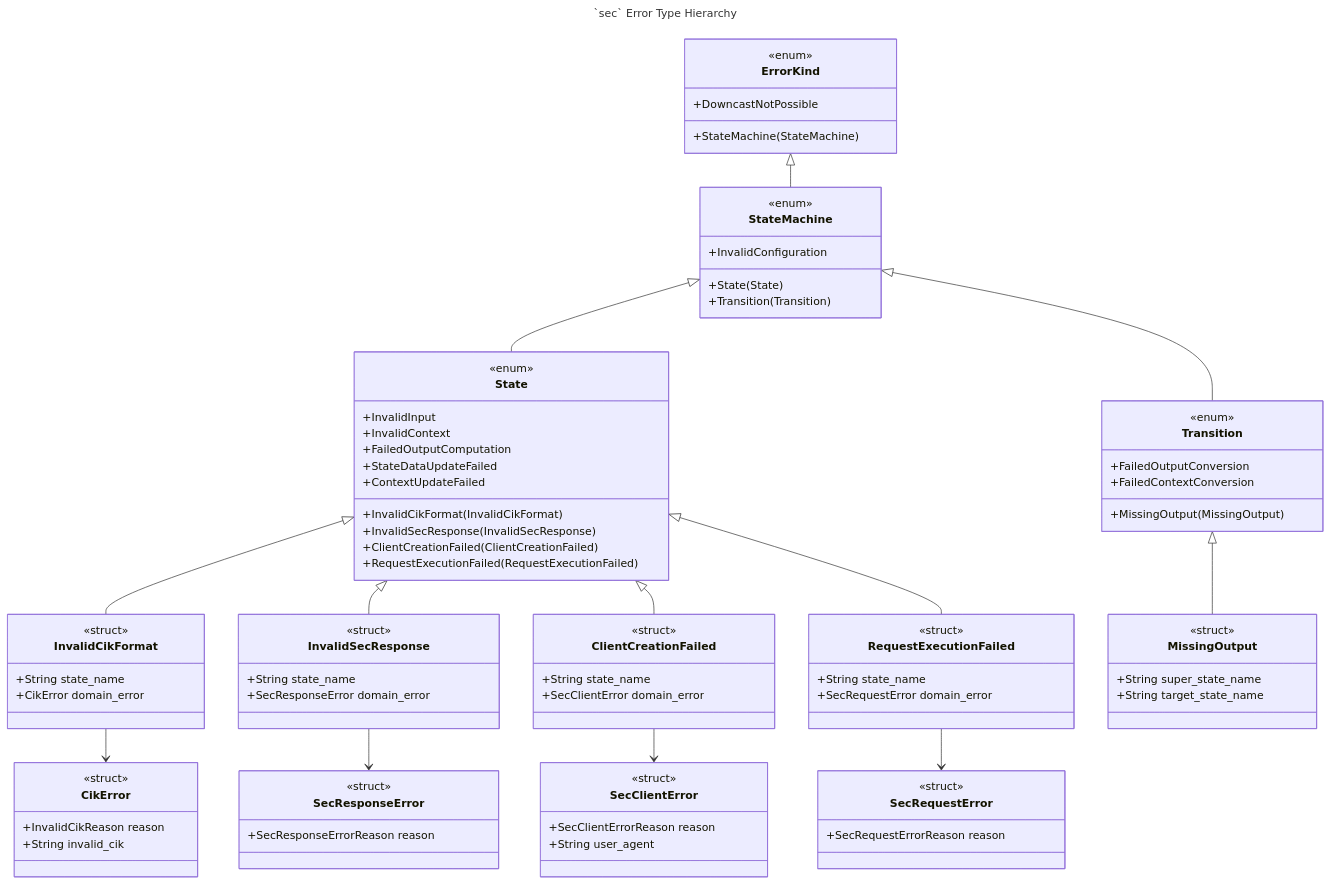
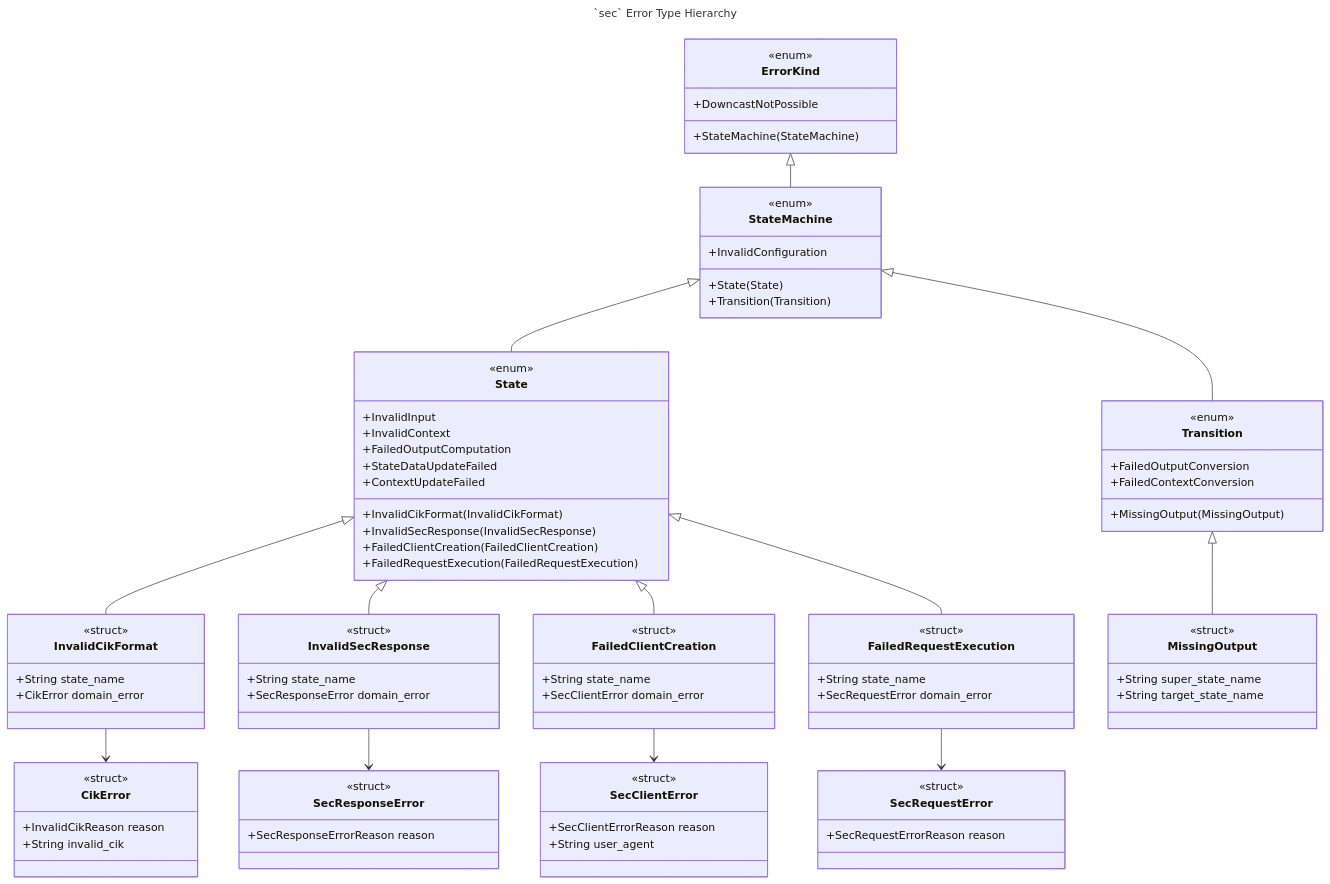
One commit to ironcapitaleu/arkad changed the diagram in sec/design/uml_class_diagram/sec_error_handling.md. Above: the diagram before and after it, drawn with Mermaid.

Commit message:
refactor: rename errors in mermaid diagram

````diff
--- a/sec/design/uml_class_diagram/sec_error_handling.md
+++ b/sec/design/uml_class_diagram/sec_error_handling.md
@@ -23,8 +23,8 @@
         %% Errors from internal state operations
         +InvalidCikFormat(InvalidCikFormat)
         +InvalidSecResponse(InvalidSecResponse)
-        +ClientCreationFailed(ClientCreationFailed)
-        +RequestExecutionFailed(RequestExecutionFailed)
+        +FailedClientCreation(FailedClientCreation)
+        +FailedRequestExecution(FailedRequestExecution)
         +InvalidInput
         +InvalidContext
         +FailedOutputComputation
@@ -54,14 +54,14 @@
         +SecResponseError domain_error
     }
 
-    class ClientCreationFailed{
+    class FailedClientCreation{
         <<struct>>
         %% State-level wrapper for client creation errors
         +String state_name
         +SecClientError domain_error
     }
 
-    class RequestExecutionFailed{
+    class FailedRequestExecution{
         <<struct>>
         %% State-level wrapper for request execution errors
         +String state_name
@@ -109,8 +109,8 @@
     %% State error wraps domain errors
     State <|-- InvalidCikFormat
     State <|-- InvalidSecResponse
-    State <|-- ClientCreationFailed
-    State <|-- RequestExecutionFailed
+    State <|-- FailedClientCreation
+    State <|-- FailedRequestExecution
     
     %% Transition error wraps specific errors
     Transition <|-- MissingOutput
@@ -118,6 +118,6 @@
     %% State wrappers contain domain errors
     InvalidCikFormat --> CikError
     InvalidSecResponse --> SecResponseError
-    ClientCreationFailed --> SecClientError
-    RequestExecutionFailed --> SecRequestError
+    FailedClientCreation --> SecClientError
+    FailedRequestExecution --> SecRequestError
 ```
````
